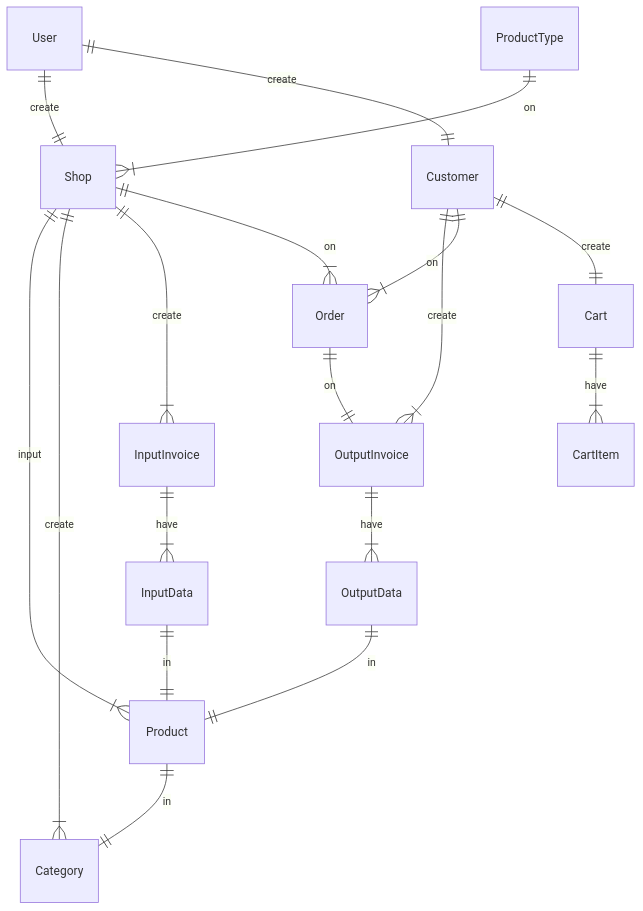
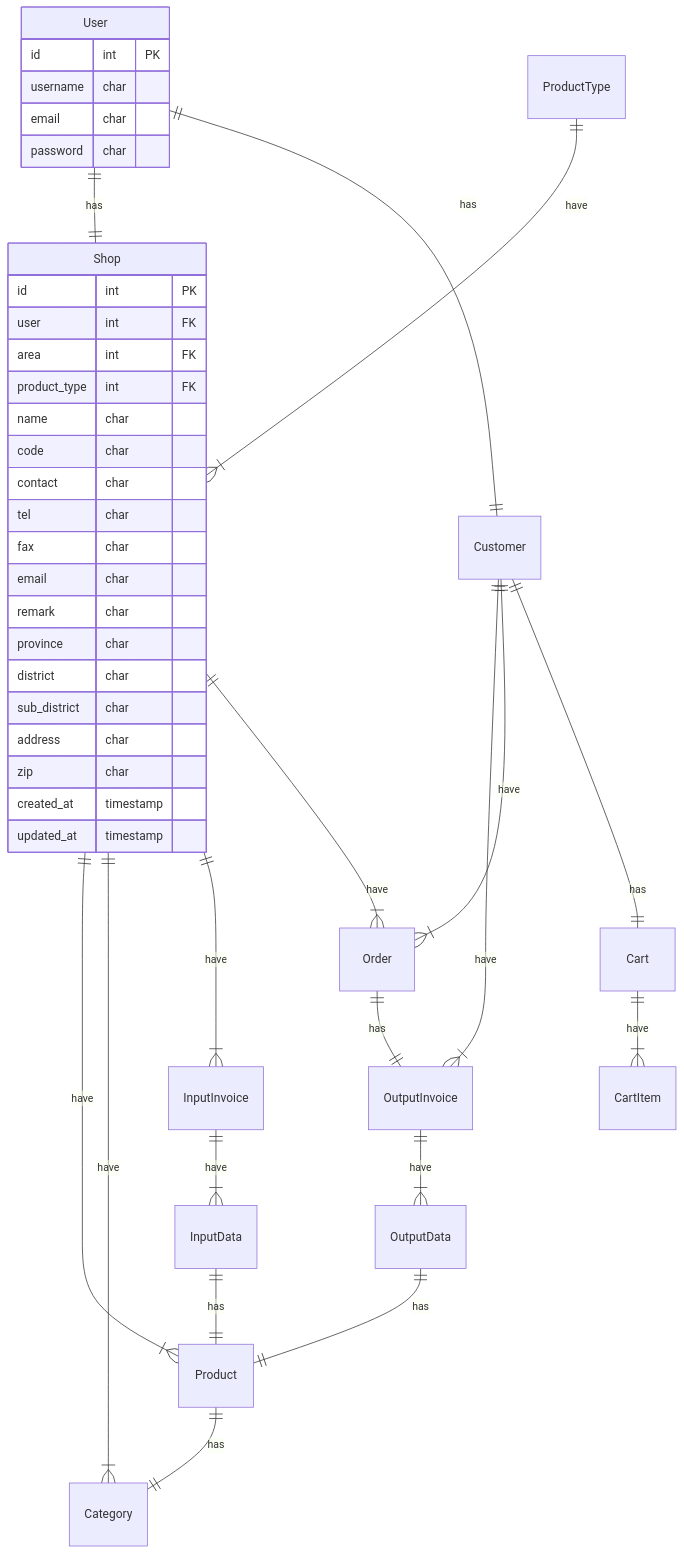
The diagram in README.md (Apisit250aps/Stock), drawn with Mermaid before and after one commit. The commit also changed other lines of this file and 16 other files, not shown here.

````diff
--- a/README.md
+++ b/README.md
@@ -56,30 +56,59 @@
 ```mermaid
 
 erDiagram 
 
-User ||--|| Shop : create 
-Shop ||--|{ Product : input
-Shop ||--|{ Category : create
-Shop ||--|{ InputInvoice : create
-Shop ||--|{ Order : on
+User {
+    id int PK
+    username char
+    email char
+    password char
+
+}
+
+Shop {
+    id int PK
+    user int FK
+    area int FK
+    product_type int FK
+    name char 
+    code char
+    contact char
+    tel char
+    fax char
+    email char
+    remark char
+    province char
+    district char
+    sub_district char
+    address char
+    zip char
+    created_at timestamp
+    updated_at timestamp
+}
+
+User ||--|| Shop : has 
+Shop ||--|{ Product : have
+Shop ||--|{ Category : have
+Shop ||--|{ InputInvoice : have
+Shop ||--|{ Order : have
 
 InputInvoice ||--|{ InputData : have
-InputData ||--|| Product : in
+InputData ||--|| Product : has
 
-User ||--|| Customer : create
-Customer ||--|{ OutputInvoice : create
-Customer ||--|{ Order : on
-Customer ||--|| Cart : create
+User ||--|| Customer : has
+Customer ||--|{ OutputInvoice : have
+Customer ||--|{ Order : have
+Customer ||--|| Cart : has
 
 Cart ||--|{ CartItem : have
 
 
 OutputInvoice ||--|{ OutputData : have
-OutputData ||--|| Product : in
+OutputData ||--|| Product : has
 
-Product ||--|| Category : in
-ProductType ||--|{ Shop : on
+Product ||--|| Category : has
+ProductType ||--|{ Shop : have
 
-Order ||--|| OutputInvoice : on
+Order ||--|| OutputInvoice : has
 
 ```
````
